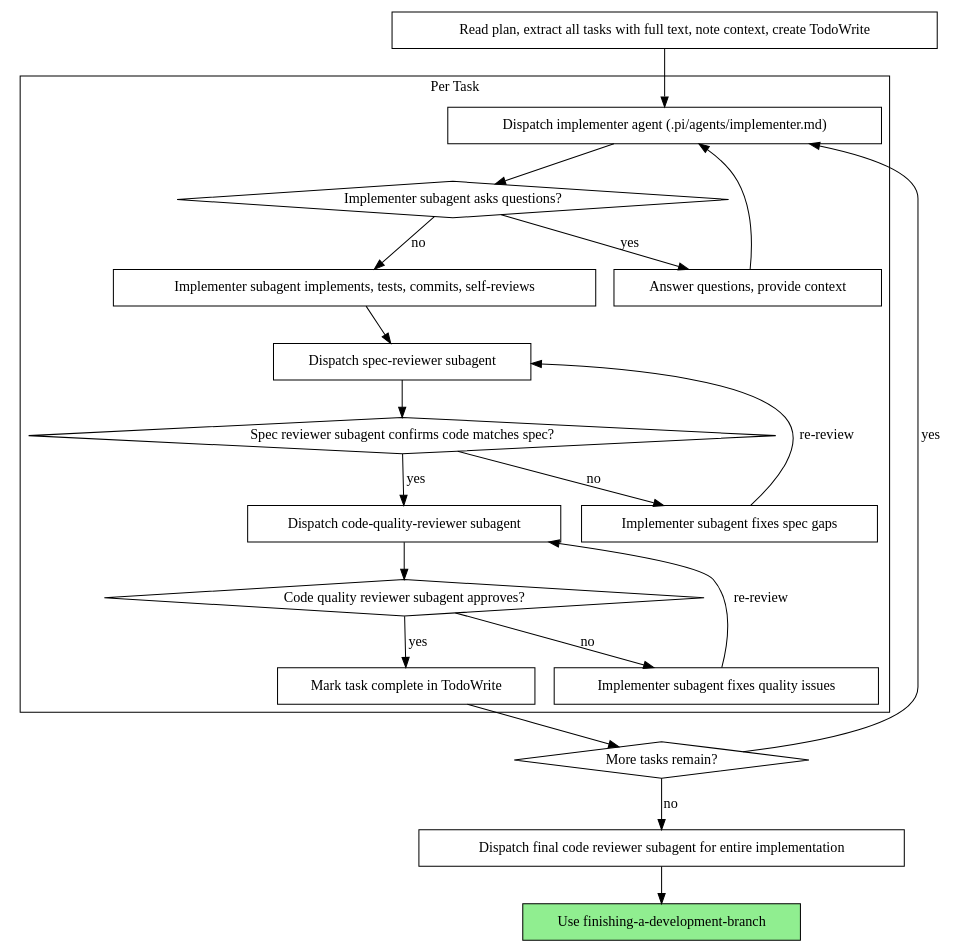
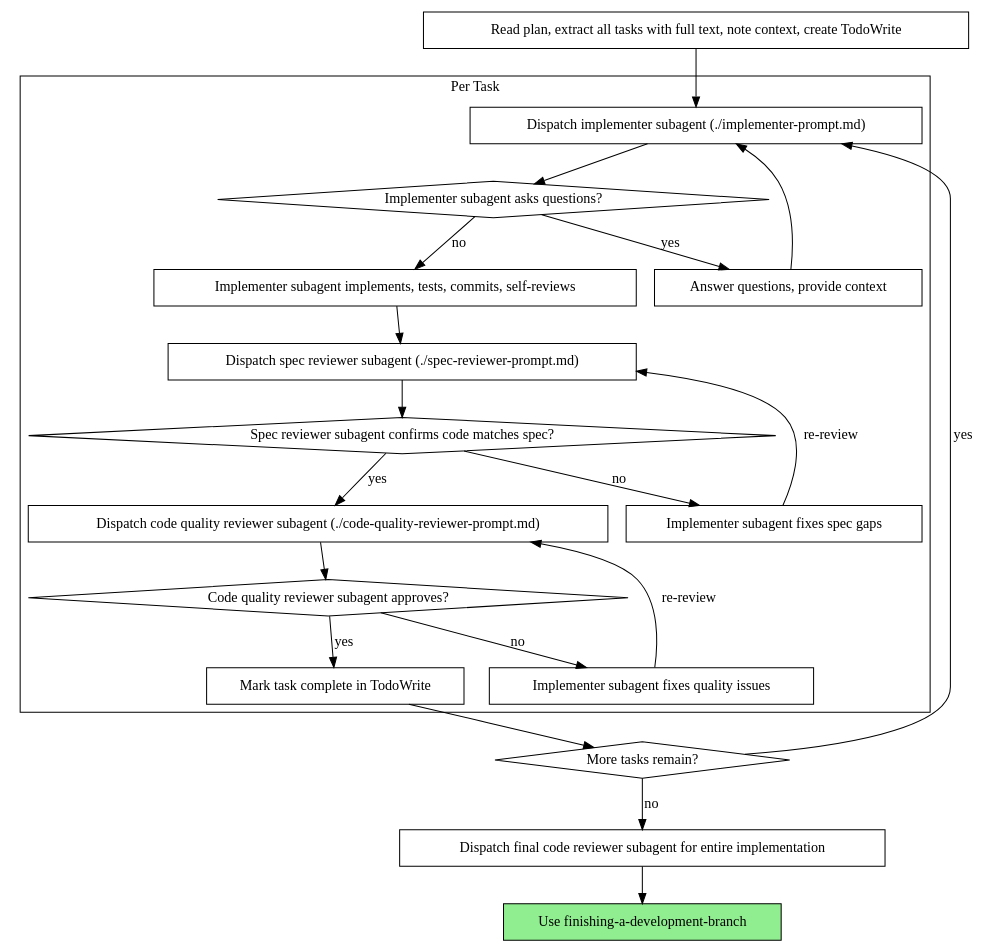
One commit to hiennguyen9874/pi-starter-kit changed the second of 2 diagrams in .pi/skills/subagent-driven-development/SKILL.md. Above: the diagram before and after it, drawn with Graphviz. The commit also changed other lines of this file and 16 other files, not shown here.

Commit message:
feat: introduce visual-companion server and spec-document-reviewer skill for subagent orchestration

````diff
--- a/.pi/skills/subagent-driven-development/SKILL.md
+++ b/.pi/skills/subagent-driven-development/SKILL.md
@@ -40,44 +42,44 @@
 ```dot
 digraph process {
     rankdir=TB;
 
     subgraph cluster_per_task {
         label="Per Task";
-        "Dispatch implementer agent (.pi/agents/implementer.md)" [shape=box];
+        "Dispatch implementer subagent (./implementer-prompt.md)" [shape=box];
         "Implementer subagent asks questions?" [shape=diamond];
         "Answer questions, provide context" [shape=box];
         "Implementer subagent implements, tests, commits, self-reviews" [shape=box];
-        "Dispatch spec-reviewer subagent" [shape=box];
+        "Dispatch spec reviewer subagent (./spec-reviewer-prompt.md)" [shape=box];
         "Spec reviewer subagent confirms code matches spec?" [shape=diamond];
         "Implementer subagent fixes spec gaps" [shape=box];
-        "Dispatch code-quality-reviewer subagent" [shape=box];
+        "Dispatch code quality reviewer subagent (./code-quality-reviewer-prompt.md)" [shape=box];
         "Code quality reviewer subagent approves?" [shape=diamond];
         "Implementer subagent fixes quality issues" [shape=box];
         "Mark task complete in TodoWrite" [shape=box];
     }
 
     "Read plan, extract all tasks with full text, note context, create TodoWrite" [shape=box];
     "More tasks remain?" [shape=diamond];
     "Dispatch final code reviewer subagent for entire implementation" [shape=box];
     "Use finishing-a-development-branch" [shape=box style=filled fillcolor=lightgreen];
 
-    "Read plan, extract all tasks with full text, note context, create TodoWrite" -> "Dispatch implementer agent (.pi/agents/implementer.md)";
-    "Dispatch implementer agent (.pi/agents/implementer.md)" -> "Implementer subagent asks questions?";
+    "Read plan, extract all tasks with full text, note context, create TodoWrite" -> "Dispatch implementer subagent (./implementer-prompt.md)";
+    "Dispatch implementer subagent (./implementer-prompt.md)" -> "Implementer subagent asks questions?";
     "Implementer subagent asks questions?" -> "Answer questions, provide context" [label="yes"];
-    "Answer questions, provide context" -> "Dispatch implementer agent (.pi/agents/implementer.md)";
+    "Answer questions, provide context" -> "Dispatch implementer subagent (./implementer-prompt.md)";
     "Implementer subagent asks questions?" -> "Implementer subagent implements, tests, commits, self-reviews" [label="no"];
-    "Implementer subagent implements, tests, commits, self-reviews" -> "Dispatch spec-reviewer subagent";
-    "Dispatch spec-reviewer subagent" -> "Spec reviewer subagent confirms code matches spec?";
+    "Implementer subagent implements, tests, commits, self-reviews" -> "Dispatch spec reviewer subagent (./spec-reviewer-prompt.md)";
+    "Dispatch spec reviewer subagent (./spec-reviewer-prompt.md)" -> "Spec reviewer subagent confirms code matches spec?";
     "Spec reviewer subagent confirms code matches spec?" -> "Implementer subagent fixes spec gaps" [label="no"];
-    "Implementer subagent fixes spec gaps" -> "Dispatch spec-reviewer subagent" [label="re-review"];
-    "Spec reviewer subagent confirms code matches spec?" -> "Dispatch code-quality-reviewer subagent" [label="yes"];
-    "Dispatch code-quality-reviewer subagent" -> "Code quality reviewer subagent approves?";
+    "Implementer subagent fixes spec gaps" -> "Dispatch spec reviewer subagent (./spec-reviewer-prompt.md)" [label="re-review"];
+    "Spec reviewer subagent confirms code matches spec?" -> "Dispatch code quality reviewer subagent (./code-quality-reviewer-prompt.md)" [label="yes"];
+    "Dispatch code quality reviewer subagent (./code-quality-reviewer-prompt.md)" -> "Code quality reviewer subagent approves?";
     "Code quality reviewer subagent approves?" -> "Implementer subagent fixes quality issues" [label="no"];
-    "Implementer subagent fixes quality issues" -> "Dispatch code-quality-reviewer subagent" [label="re-review"];
+    "Implementer subagent fixes quality issues" -> "Dispatch code quality reviewer subagent (./code-quality-reviewer-prompt.md)" [label="re-review"];
     "Code quality reviewer subagent approves?" -> "Mark task complete in TodoWrite" [label="yes"];
     "Mark task complete in TodoWrite" -> "More tasks remain?";
-    "More tasks remain?" -> "Dispatch implementer agent (.pi/agents/implementer.md)" [label="yes"];
+    "More tasks remain?" -> "Dispatch implementer subagent (./implementer-prompt.md)" [label="yes"];
     "More tasks remain?" -> "Dispatch final code reviewer subagent for entire implementation" [label="no"];
     "Dispatch final code reviewer subagent for entire implementation" -> "Use finishing-a-development-branch";
 }
 ```
````
